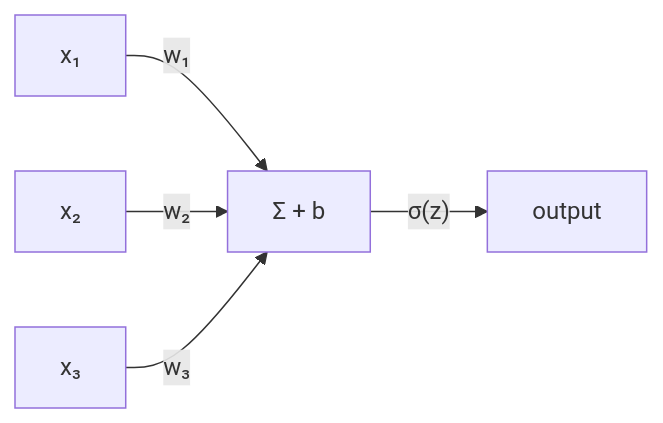
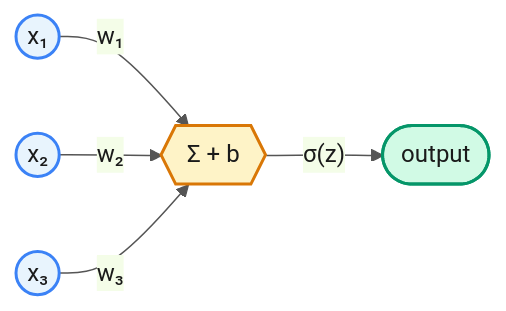
Before and after one commit to OSU-CAR-MSL/lab-setup-guide: the second of 2 diagrams in docs/assignments/neural-network-from-scratch.md, drawn with Mermaid. The commit also changed other lines of this file and 13 other files, not shown here.

First line of the commit message:
Enhance all 22 Mermaid diagrams with semantic shapes, icons, and color coding

````diff
--- a/docs/assignments/neural-network-from-scratch.md
+++ b/docs/assignments/neural-network-from-scratch.md
@@ -138,7 +142,12 @@
 ```mermaid
+%%{init: {'theme': 'base', 'themeVariables': {'primaryColor': '#e8f4fd', 'primaryTextColor': '#1a1a1a', 'lineColor': '#555'}}}%%
 graph LR
-    x1["x₁"] -->|"w₁"| N["Σ + b"]
-    x2["x₂"] -->|"w₂"| N
-    x3["x₃"] -->|"w₃"| N
-    N -->|"σ(z)"| OUT["output"]
+    x1(("x₁")):::input -->|"w₁"| N{{"Σ + b"}}:::compute
+    x2(("x₂")):::input -->|"w₂"| N
+    x3(("x₃")):::input -->|"w₃"| N
+    N -->|"σ(z)"| OUT(["output"]):::success
+
+    classDef input fill:#e8f4fd,stroke:#3b82f6,color:#1a1a1a,stroke-width:2px
+    classDef compute fill:#fef3c7,stroke:#d97706,color:#1a1a1a,stroke-width:2px
+    classDef success fill:#d1fae5,stroke:#059669,color:#1a1a1a,stroke-width:2px
 ```
````
